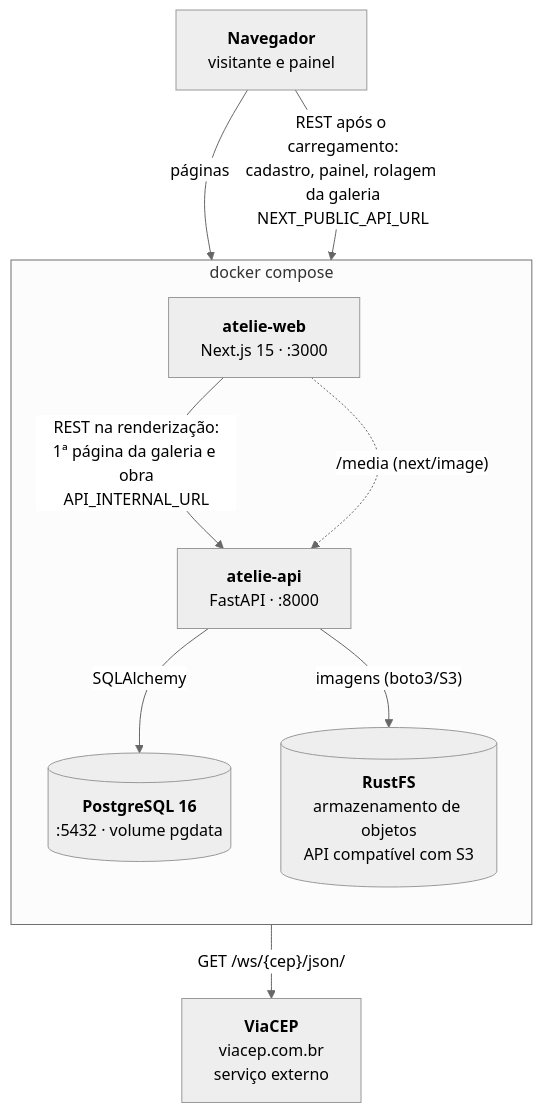
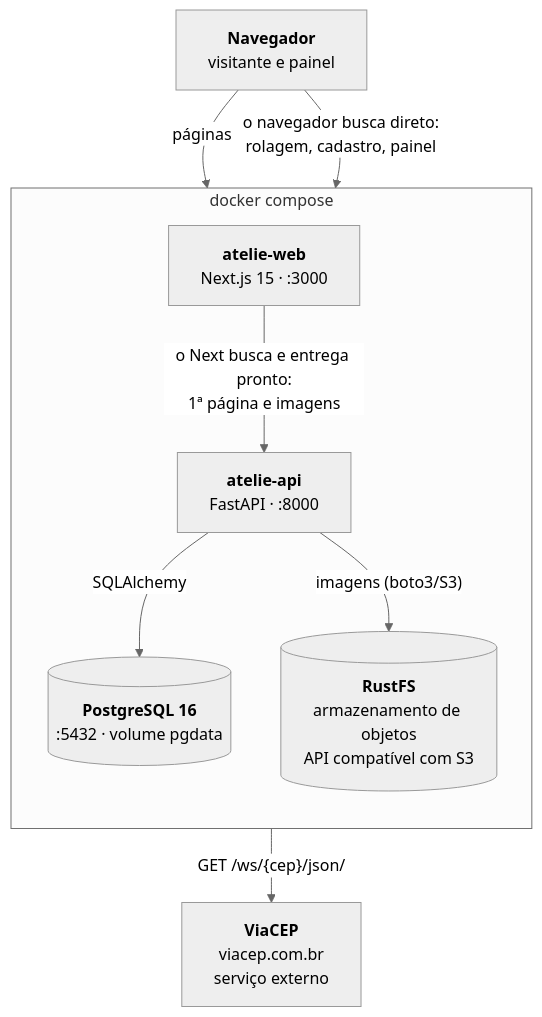
The diagram in docs/arquitetura.mmd (ttozatto/atelie-web), drawn with Mermaid before and after one commit. The commit also changed 2 other files, not shown here.

Commit message:
chore: diagrama com uma seta so entre o Next e a API
- as setas de dados e de imagens do Next viram uma so
- rotulos pelo criterio de quem faz a chamada: o navegador busca direto
  (rolagem, cadastro, painel) ou o Next busca e entrega pronto
  (1a pagina e imagens)
- README explica as duas setas nos mesmos termos

```diff
--- a/docs/arquitetura.mmd
+++ b/docs/arquitetura.mmd
@@ -1,21 +1,20 @@
 %%{init: {"theme": "neutral", "flowchart": {"curve": "basis", "padding": 16}}}%%
 flowchart TB
     browser["<b>Navegador</b><br/>visitante e painel"]
 
     subgraph compose["docker compose"]
         direction TB
         web["<b>atelie-web</b><br/>Next.js 15 · :3000"]
         api["<b>atelie-api</b><br/>FastAPI · :8000"]
         db[("<b>PostgreSQL 16</b><br/>:5432 · volume pgdata")]
         storage[("<b>RustFS</b><br/>armazenamento de objetos<br/>API compatível com S3")]
     end
 
     viacep["<b>ViaCEP</b><br/>viacep.com.br<br/>serviço externo"]
 
     browser -- "páginas" --> web
-    browser -- "REST após o carregamento:<br/>cadastro, painel, rolagem da galeria<br/>NEXT_PUBLIC_API_URL" --> api
-    web -- "REST na renderização:<br/>1ª página da galeria e obra<br/>API_INTERNAL_URL" --> api
-    web -. "/media (next/image)" .-> api
+    browser -- "o navegador busca direto:<br/>rolagem, cadastro, painel" --> api
+    web -- "o Next busca e entrega pronto:<br/>1ª página e imagens" --> api
     api -- "SQLAlchemy" --> db
     api -- "imagens (boto3/S3)" --> storage
     api -- "GET /ws/{cep}/json/" --> viacep
```
